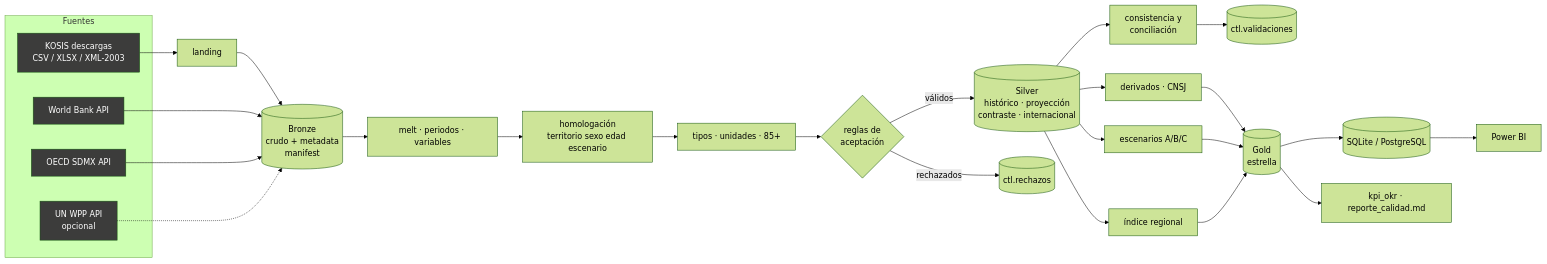
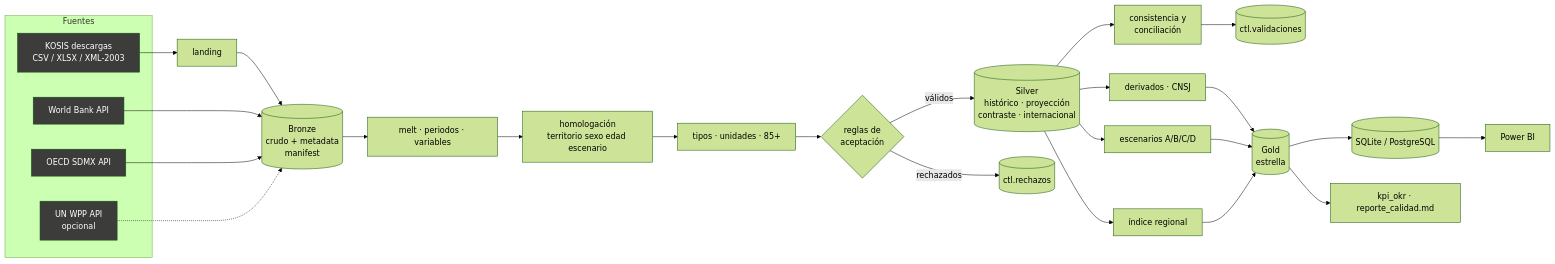
One commit to angietrduque/Proyecto_Final_ETL changed the diagram in docs/02_diseno.md. Above: the diagram before and after it, drawn with Mermaid (forest theme). The commit also changed other lines of this file and 144 other files, not shown here.

````diff
--- a/docs/02_diseno.md
+++ b/docs/02_diseno.md
@@ -29,23 +29,23 @@
 ```mermaid
 flowchart LR
   subgraph Fuentes
     K[KOSIS descargas<br/>CSV / XLSX / XML-2003]:::f
     W[World Bank API]:::f
     O[OECD SDMX API]:::f
     U[UN WPP API<br/>opcional]:::f
   end
   K --> L[landing] --> B[(Bronze<br/>crudo + metadata<br/>manifest)]
   W --> B
   O --> B
   U -.-> B
   B --> S1[melt · periodos · variables] --> S2[homologación<br/>territorio sexo edad escenario] --> S3[tipos · unidades · 85+] --> S4{reglas de<br/>aceptación}
   S4 -->|válidos| SV[(Silver<br/>histórico · proyección<br/>contraste · internacional)]
   S4 -->|rechazados| CTL[(ctl.rechazos)]
   SV --> C[consistencia y<br/>conciliación] --> CTL2[(ctl.validaciones)]
   SV --> G1[derivados · CNSJ] --> GD[(Gold<br/>estrella)]
-  SV --> G2[escenarios A/B/C] --> GD
+  SV --> G2[escenarios A/B/C/D] --> GD
   SV --> G3[índice regional] --> GD
   GD --> SQL[(SQLite / PostgreSQL)] --> PBI[Power BI]
   GD --> KPI[kpi_okr · reporte_calidad.md]
   classDef f fill:#3C3C3B,color:#fff
 ```
````
